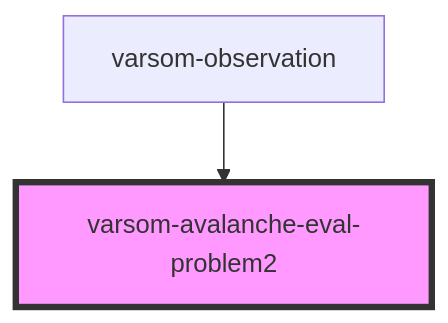
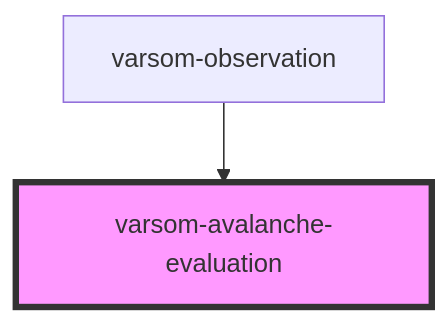
One commit to NVE/varsom-observation changed the diagram in observasjonskort/src/components/varsom-avalanche-evaluation/readme.md. Above: the diagram before and after it, drawn with Mermaid. The commit also changed other lines of this file and 27 other files, not shown here.

````diff
--- a/observasjonskort/src/components/varsom-avalanche-evaluation/readme.md
+++ b/observasjonskort/src/components/varsom-avalanche-evaluation/readme.md
@@ -50,5 +38,5 @@
 ```mermaid
 graph TD;
-  varsom-observation --> varsom-avalanche-eval-problem2
-  style varsom-avalanche-eval-problem2 fill:#f9f,stroke:#333,stroke-width:4px
+  varsom-observation --> varsom-avalanche-evaluation
+  style varsom-avalanche-evaluation fill:#f9f,stroke:#333,stroke-width:4px
 ```
````
